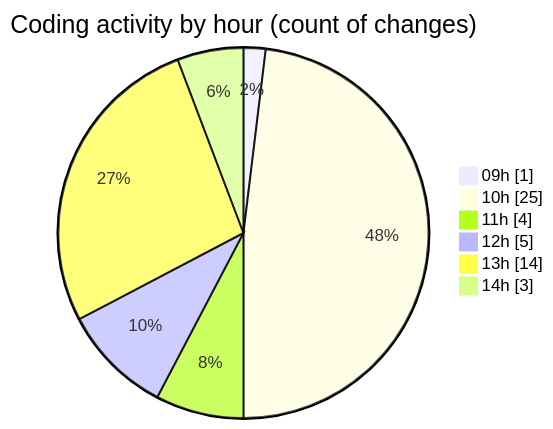
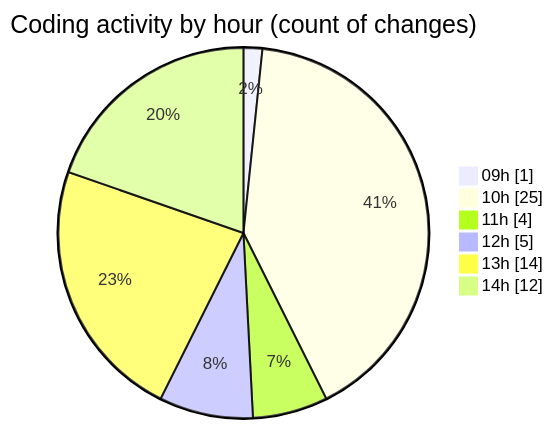
Before and after one commit to julien-gomy/code-tracking: the second of 2 diagrams in 2025-11-17/eventscop-frontend-guide__workspace_/README.md, drawn with Mermaid. The commit also changed other lines of this file and 1 other file, not shown here.

````diff
--- a/2025-11-17/eventscop-frontend-guide__workspace_/README.md
+++ b/2025-11-17/eventscop-frontend-guide__workspace_/README.md
@@ -49,10 +51,10 @@
 ```mermaid
 pie showData
 title Coding activity by hour (count of changes)
 "09h" : 1
 "10h" : 25
 "11h" : 4
 "12h" : 5
 "13h" : 14
-"14h" : 3
+"14h" : 12
 ```
````
